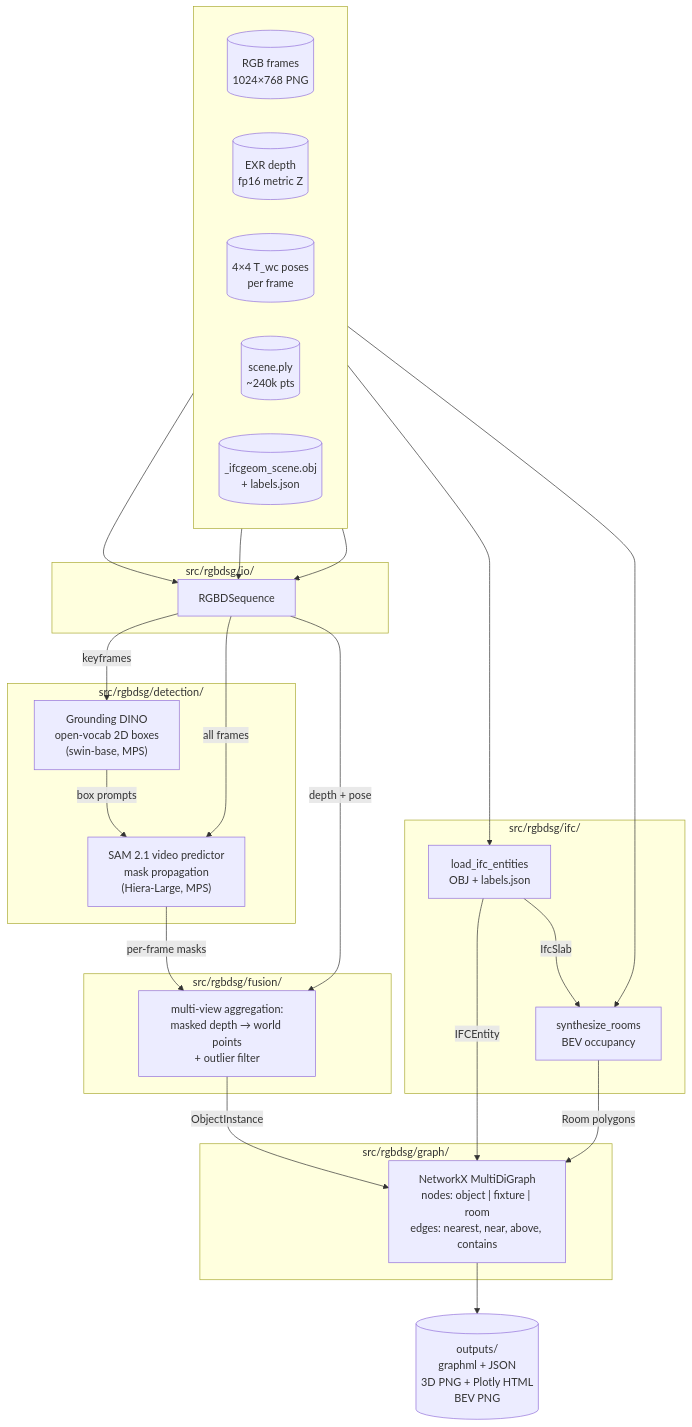
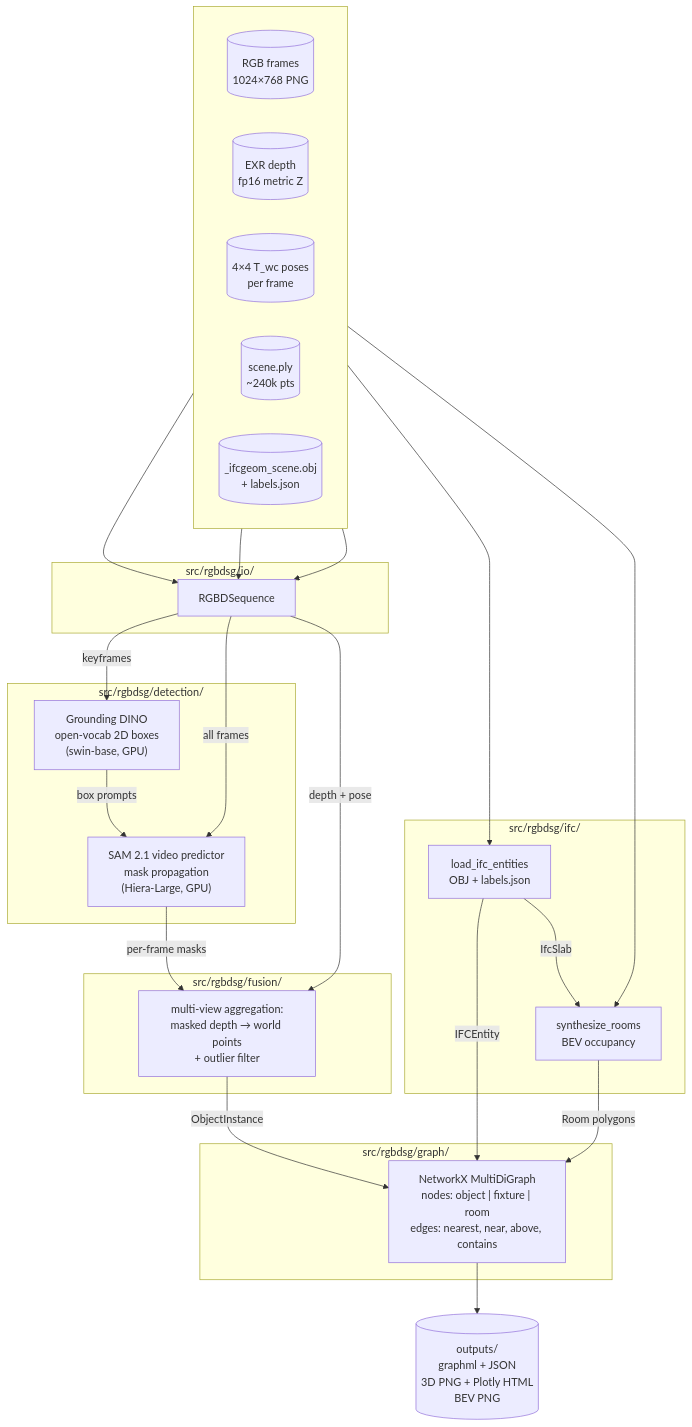
Before and after one commit to ab17dogar/rgbd-scene-graph: the diagram in README.md, drawn with Mermaid. The commit also changed other lines of this file and 1 other file, not shown here.

````diff
--- a/README.md
+++ b/README.md
@@ -125,49 +124,49 @@
 ```mermaid
 flowchart TB
     subgraph INPUT[" "]
       direction LR
       RGB[("RGB frames<br>1024×768 PNG")]
       DEPTH[("EXR depth<br>fp16 metric Z")]
       POSE[("4×4 T_wc poses<br>per frame")]
       PC[("scene.ply<br>~240k pts")]
       OBJ[("_ifcgeom_scene.obj<br>+ labels.json")]
     end
 
     subgraph IO["src/rgbdsg/io/"]
       RGBD[RGBDSequence]
     end
     RGB --> RGBD
     DEPTH --> RGBD
     POSE --> RGBD
 
     subgraph DET["src/rgbdsg/detection/"]
-      GDINO["Grounding DINO<br/>open-vocab 2D boxes<br/>(swin-base, MPS)"]
-      SAM["SAM 2.1 video predictor<br/>mask propagation<br/>(Hiera-Large, MPS)"]
+      GDINO["Grounding DINO<br/>open-vocab 2D boxes<br/>(swin-base, GPU)"]
+      SAM["SAM 2.1 video predictor<br/>mask propagation<br/>(Hiera-Large, GPU)"]
     end
     RGBD -->|keyframes| GDINO
     GDINO -->|box prompts| SAM
     RGBD -->|all frames| SAM
 
     subgraph FUSE["src/rgbdsg/fusion/"]
       F[multi-view aggregation:<br/>masked depth → world points<br/>+ outlier filter]
     end
     SAM -->|per-frame masks| F
     RGBD -->|depth + pose| F
 
     subgraph IFC["src/rgbdsg/ifc/"]
       IO1[load_ifc_entities<br/>OBJ + labels.json]
       ROOMS[synthesize_rooms<br/>BEV occupancy]
     end
     OBJ --> IO1
     PC --> ROOMS
     IO1 -->|IfcSlab| ROOMS
 
     subgraph GRAPH["src/rgbdsg/graph/"]
       G["NetworkX MultiDiGraph<br/>nodes: object | fixture | room<br/>edges: nearest, near, above, contains"]
     end
     F -->|ObjectInstance| G
     IO1 -->|IFCEntity| G
     ROOMS -->|Room polygons| G
 
     G --> OUT[("outputs/<br/>graphml + JSON<br/>3D PNG + Plotly HTML<br/>BEV PNG")]
 ```
````
